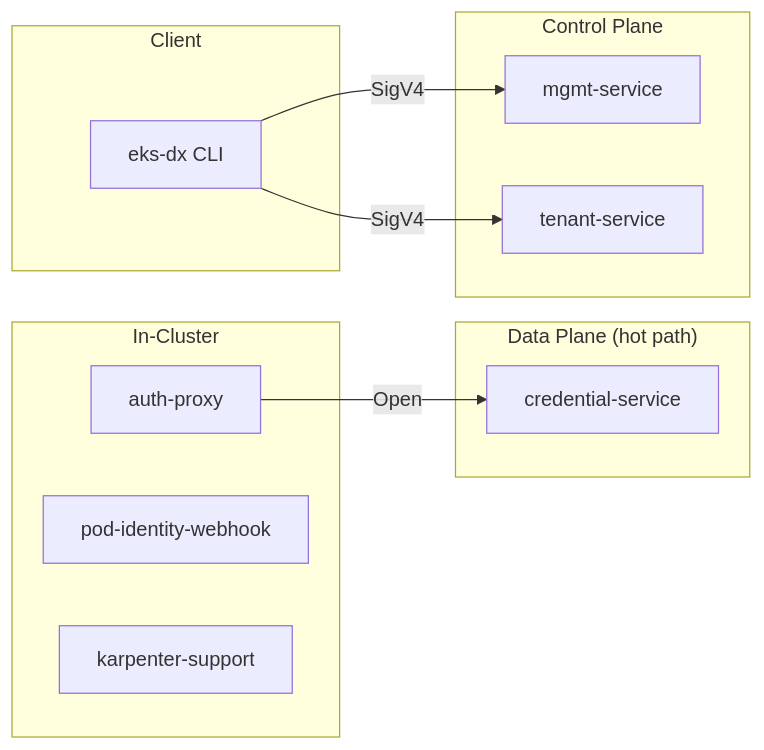
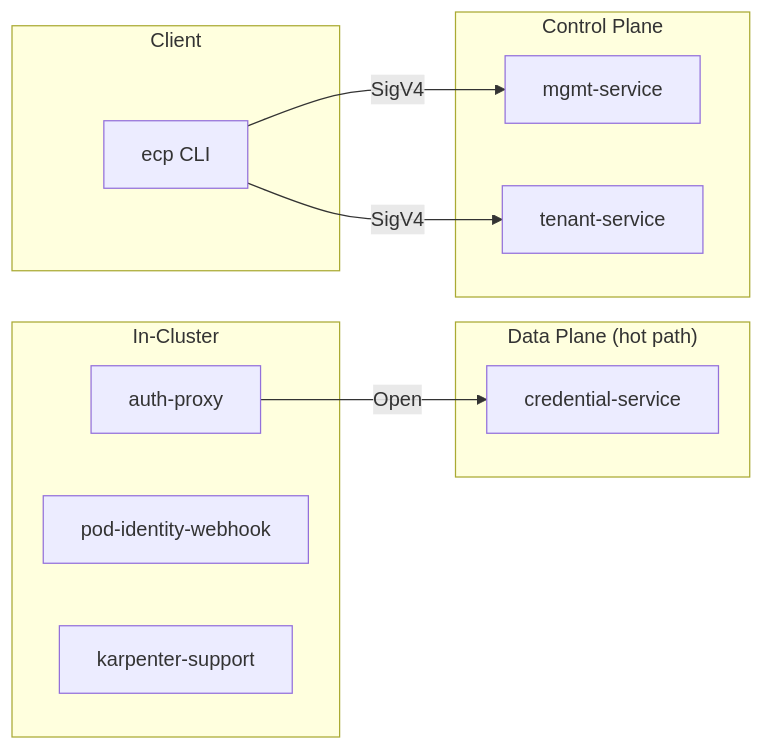
Before and after one commit to plasticity-of-cloud/express-compute-control-plane: the second of 2 diagrams in .agents/summary/architecture.md, drawn with Mermaid. The commit also changed other lines of this file and 60 other files, not shown here.

````diff
--- a/.agents/summary/architecture.md
+++ b/.agents/summary/architecture.md
@@ -44,22 +44,22 @@
 ```mermaid
 graph LR
     subgraph "Data Plane (hot path)"
         A[credential-service]
     end
     subgraph "Control Plane"
         B[mgmt-service]
         C[tenant-service]
     end
     subgraph "In-Cluster"
         D[auth-proxy]
         E[pod-identity-webhook]
         F[karpenter-support]
     end
     subgraph "Client"
-        G[eks-dx CLI]
+        G[ecp CLI]
     end
 
     G -->|SigV4| B
     G -->|SigV4| C
     D -->|Open| A
 ```
````
